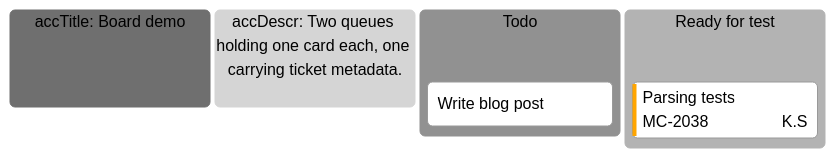
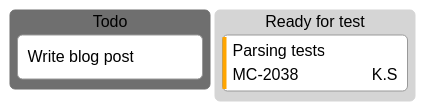
Diagram 17 of 25 in .claude/skills/mermaid-diagramming/references/syntax-extended.md (bsamiee/Rasm), drawn with Mermaid (neutral theme) before and after one commit. The commit also changed other lines of this file and 50 other files, not shown here.

````diff
--- a/.claude/skills/mermaid-diagramming/references/syntax-extended.md
+++ b/.claude/skills/mermaid-diagramming/references/syntax-extended.md
@@ -499,14 +541,12 @@
 ```mermaid
 ---
 config:
   kanban:
     ticketBaseUrl: '<ticket-url>#TICKET#'
 ---
 kanban
-  accTitle: Board demo
-  accDescr: Two queues holding one card each, one carrying ticket metadata.
   Todo
     docs[Write blog post]
   test[Ready for test]
     t4[Parsing tests]@{ ticket: MC-2038, assigned: 'K.S', priority: 'High' }
 ```
````
